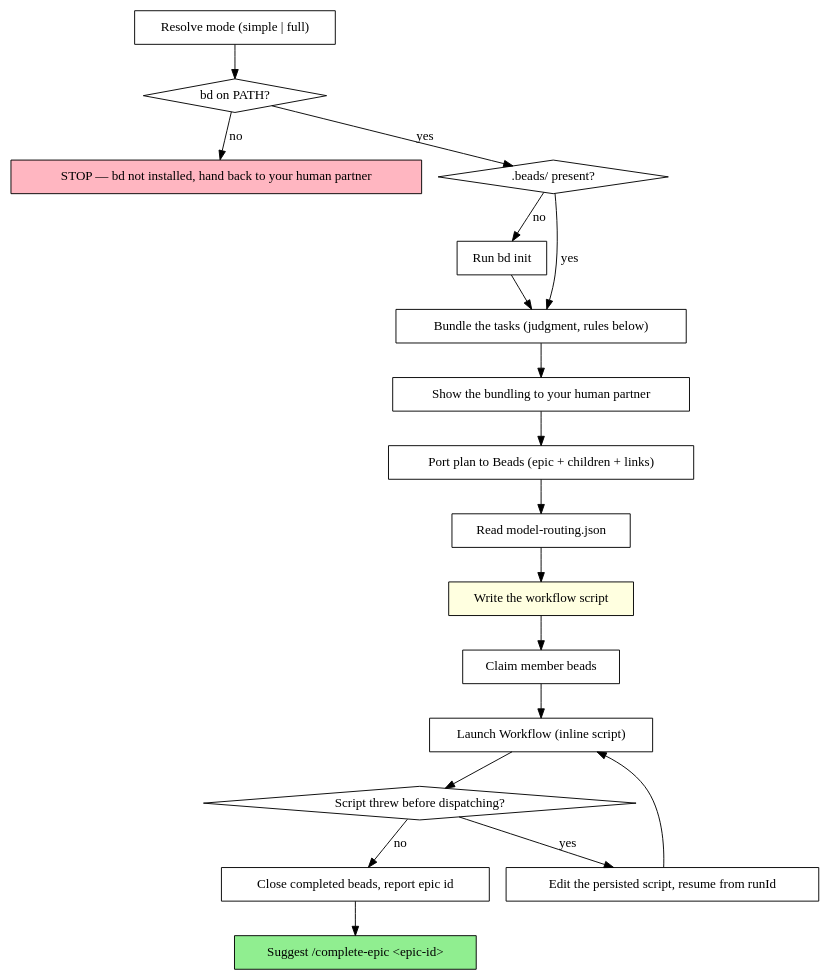
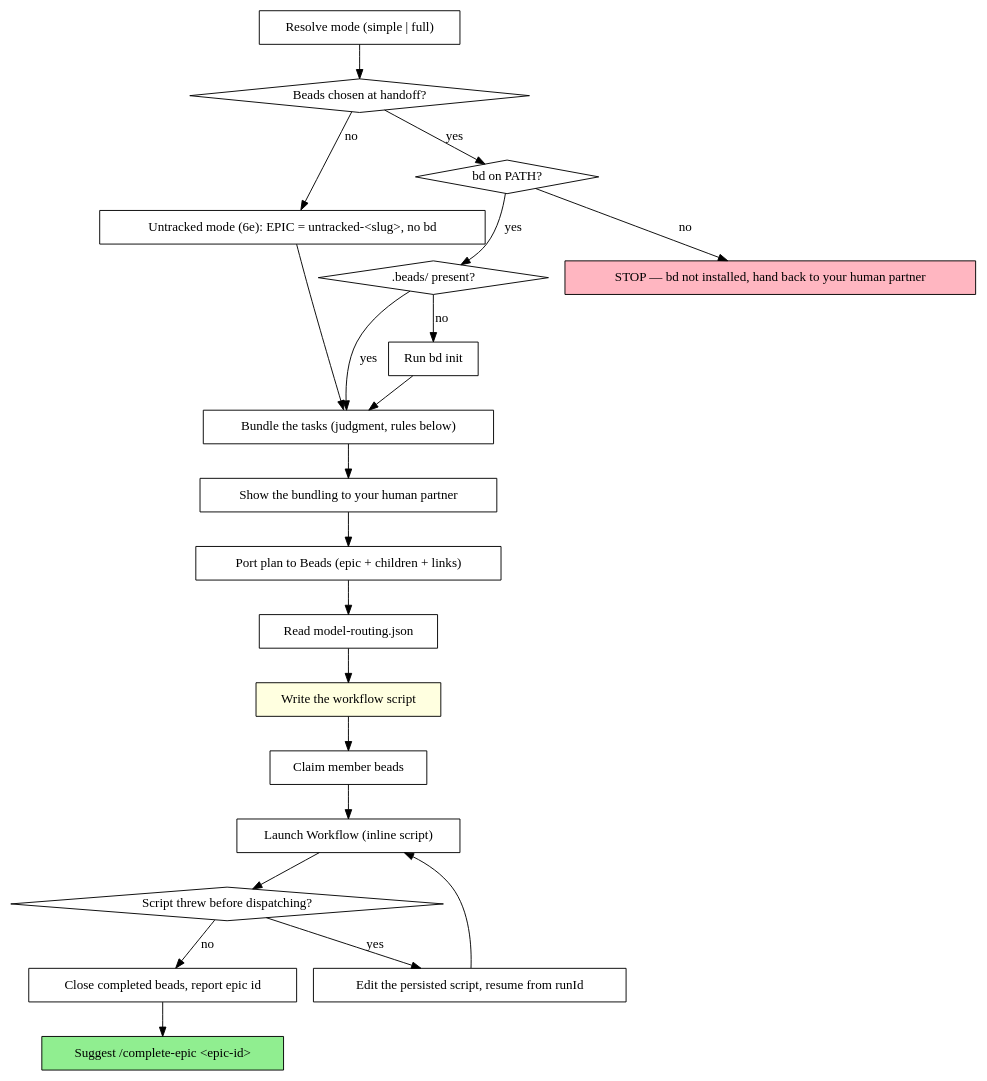
Before and after one commit to SirProdigle/claude-superpowers: the diagram in skills/orchestrating-execution/SKILL.md, drawn with Graphviz. The commit also changed other lines of this file and 3 other files, not shown here.

First line of the commit message:
Make Beads opt-in at the plan execution handoff

````diff
--- a/skills/orchestrating-execution/SKILL.md
+++ b/skills/orchestrating-execution/SKILL.md
@@ -54,39 +54,44 @@
 ```dot
 digraph process {
     rankdir=TB;
     "Resolve mode (simple | full)" [shape=box];
+    "Beads chosen at handoff?" [shape=diamond];
+    "Untracked mode (6e): EPIC = untracked-<slug>, no bd" [shape=box];
     "bd on PATH?" [shape=diamond];
     "STOP — bd not installed, hand back to your human partner" [shape=box style=filled fillcolor=lightpink];
     ".beads/ present?" [shape=diamond];
     "Run bd init" [shape=box];
     "Bundle the tasks (judgment, rules below)" [shape=box];
     "Show the bundling to your human partner" [shape=box];
     "Port plan to Beads (epic + children + links)" [shape=box];
     "Read model-routing.json" [shape=box];
     "Write the workflow script" [shape=box style=filled fillcolor=lightyellow];
     "Claim member beads" [shape=box];
     "Launch Workflow (inline script)" [shape=box];
     "Script threw before dispatching?" [shape=diamond];
     "Edit the persisted script, resume from runId" [shape=box];
     "Close completed beads, report epic id" [shape=box];
     "Suggest /complete-epic <epic-id>" [shape=box style=filled fillcolor=lightgreen];
 
-    "Resolve mode (simple | full)" -> "bd on PATH?";
+    "Resolve mode (simple | full)" -> "Beads chosen at handoff?";
+    "Beads chosen at handoff?" -> "bd on PATH?" [label="yes"];
+    "Beads chosen at handoff?" -> "Untracked mode (6e): EPIC = untracked-<slug>, no bd" [label="no"];
+    "Untracked mode (6e): EPIC = untracked-<slug>, no bd" -> "Bundle the tasks (judgment, rules below)";
     "bd on PATH?" -> "STOP — bd not installed, hand back to your human partner" [label="no"];
     "bd on PATH?" -> ".beads/ present?" [label="yes"];
     ".beads/ present?" -> "Bundle the tasks (judgment, rules below)" [label="yes"];
     ".beads/ present?" -> "Run bd init" [label="no"];
     "Run bd init" -> "Bundle the tasks (judgment, rules below)";
     "Bundle the tasks (judgment, rules below)" -> "Show the bundling to your human partner";
     "Show the bundling to your human partner" -> "Port plan to Beads (epic + children + links)";
     "Port plan to Beads (epic + children + links)" -> "Read model-routing.json";
     "Read model-routing.json" -> "Write the workflow script";
     "Write the workflow script" -> "Claim member beads";
     "Claim member beads" -> "Launch Workflow (inline script)";
     "Launch Workflow (inline script)" -> "Script threw before dispatching?";
     "Script threw before dispatching?" -> "Edit the persisted script, resume from runId" [label="yes"];
     "Edit the persisted script, resume from runId" -> "Launch Workflow (inline script)";
     "Script threw before dispatching?" -> "Close completed beads, report epic id" [label="no"];
     "Close completed beads, report epic id" -> "Suggest /complete-epic <epic-id>";
 }
 ```
````
